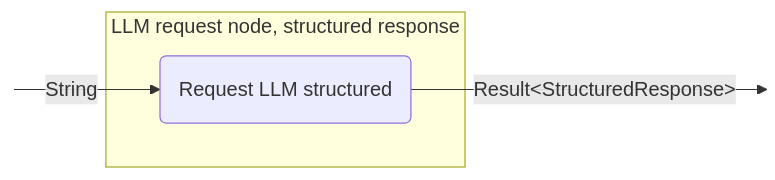
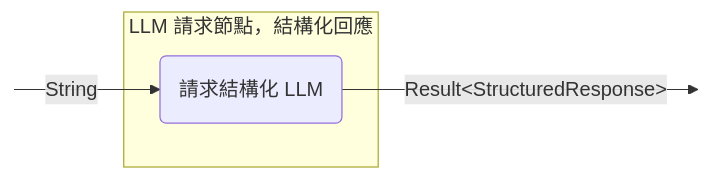
Before and after one commit to BinaryTape/Open-Docs: the seventh of 15 diagrams in docs/zh-Hant/koog/nodes-and-components.md, drawn with Mermaid. The commit also changed other lines of this file and 457 other files, not shown here.

````diff
--- a/docs/zh-Hant/koog/nodes-and-components.md
+++ b/docs/zh-Hant/koog/nodes-and-components.md
@@ -372,13 +367,13 @@
 ```mermaid
 graph LR
     in:::hidden
     out:::hidden
     
-    subgraph node ["LLM request node, structured response"]
-        execute(Request LLM structured)
+    subgraph node ["LLM 請求節點，結構化回應"]
+        execute(請求結構化 LLM)
     end
     
     in --String--> execute -- "Result&lt;StructuredResponse&gt;" --> out
 
     classDef hidden display: none;
 ```
````
